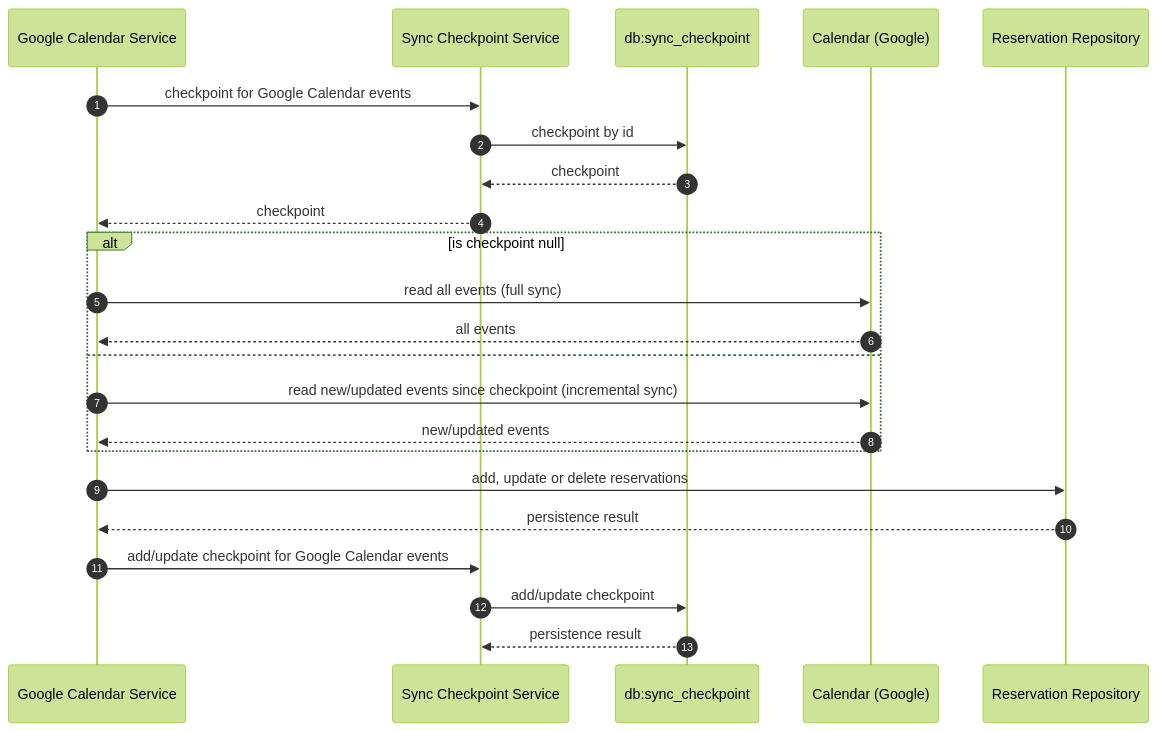
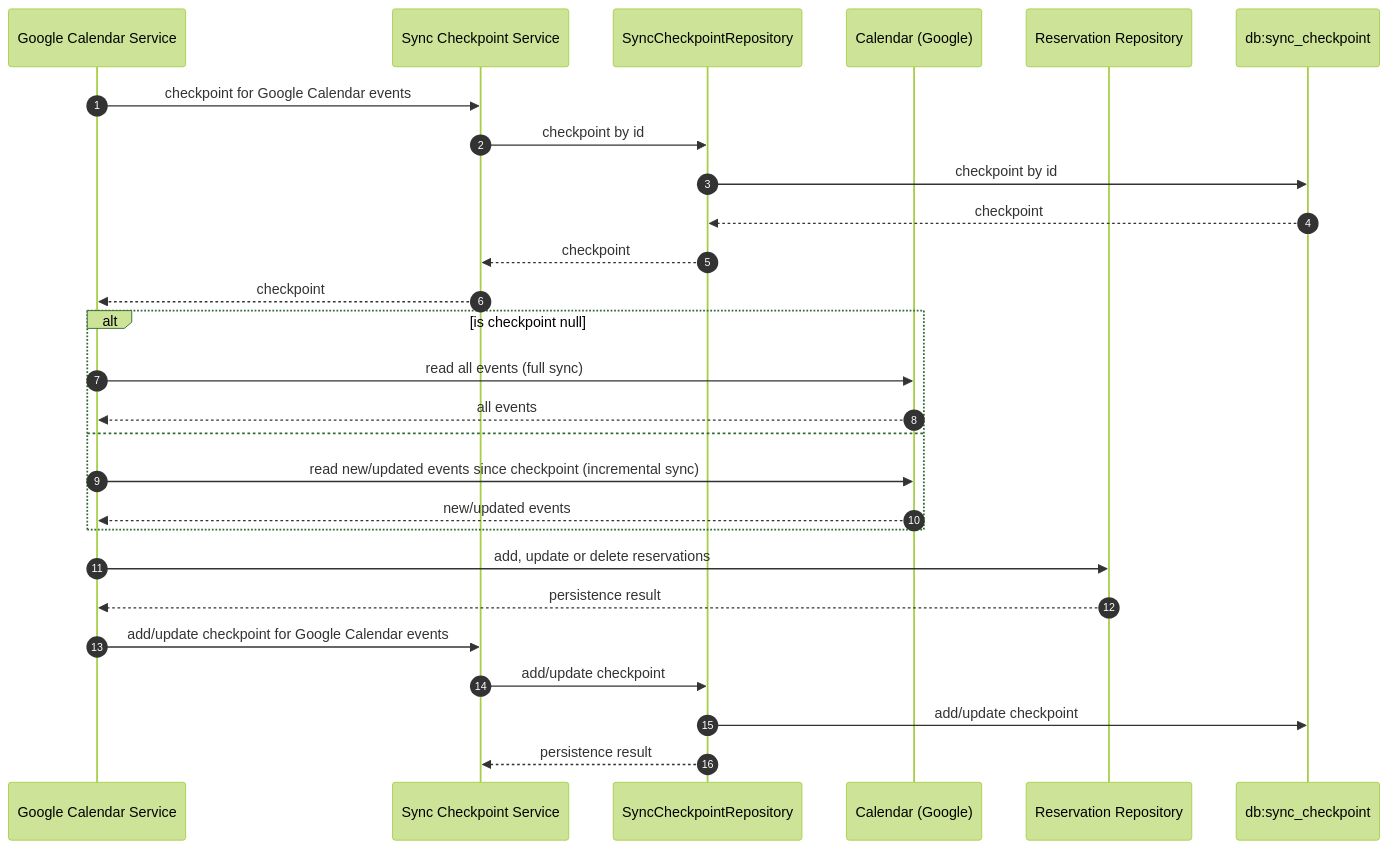
Before and after one commit to ismarslomic/cabin-visits-kotlin: the third of 3 diagrams in docs/solution_architecture.md, drawn with Mermaid (forest theme).

Commit message:
docs(architecture): more details to Google Calendar Service

````diff
--- a/docs/solution_architecture.md
+++ b/docs/solution_architecture.md
@@ -59,28 +59,32 @@
 ```mermaid
 sequenceDiagram
     autonumber
     participant GoogleCalendarService as Google Calendar Service
     participant SyncCheckpointService as Sync Checkpoint Service
-    participant sync_checkpoint as db:sync_checkpoint
+    participant SyncCheckpointRepository as SyncCheckpointRepository
     participant Calendar as Calendar (Google)
     participant ReservationRepository as Reservation Repository
+    participant sync_checkpoint as db:sync_checkpoint
     
     GoogleCalendarService->>SyncCheckpointService: checkpoint for Google Calendar events
-    SyncCheckpointService->>sync_checkpoint: checkpoint by id
-    sync_checkpoint-->>SyncCheckpointService: checkpoint
+    SyncCheckpointService->>SyncCheckpointRepository: checkpoint by id
+    SyncCheckpointRepository->>sync_checkpoint: checkpoint by id
+    sync_checkpoint-->>SyncCheckpointRepository: checkpoint
+    SyncCheckpointRepository-->>SyncCheckpointService: checkpoint
     SyncCheckpointService-->>GoogleCalendarService: checkpoint
     
     alt is checkpoint null
         GoogleCalendarService->>Calendar: read all events (full sync)
         Calendar-->>GoogleCalendarService: all events
     else
         GoogleCalendarService->>Calendar: read new/updated events since checkpoint (incremental sync)
         Calendar-->>GoogleCalendarService: new/updated events
     end
     
     GoogleCalendarService->>ReservationRepository: add, update or delete reservations
     ReservationRepository-->>GoogleCalendarService: persistence result
     GoogleCalendarService->>SyncCheckpointService: add/update checkpoint for Google Calendar events
-    SyncCheckpointService->>sync_checkpoint: add/update checkpoint
-    sync_checkpoint-->>SyncCheckpointService: persistence result
+    SyncCheckpointService->>SyncCheckpointRepository: add/update checkpoint
+    SyncCheckpointRepository->>sync_checkpoint: add/update checkpoint
+    SyncCheckpointRepository-->>SyncCheckpointService: persistence result
 ```
````
